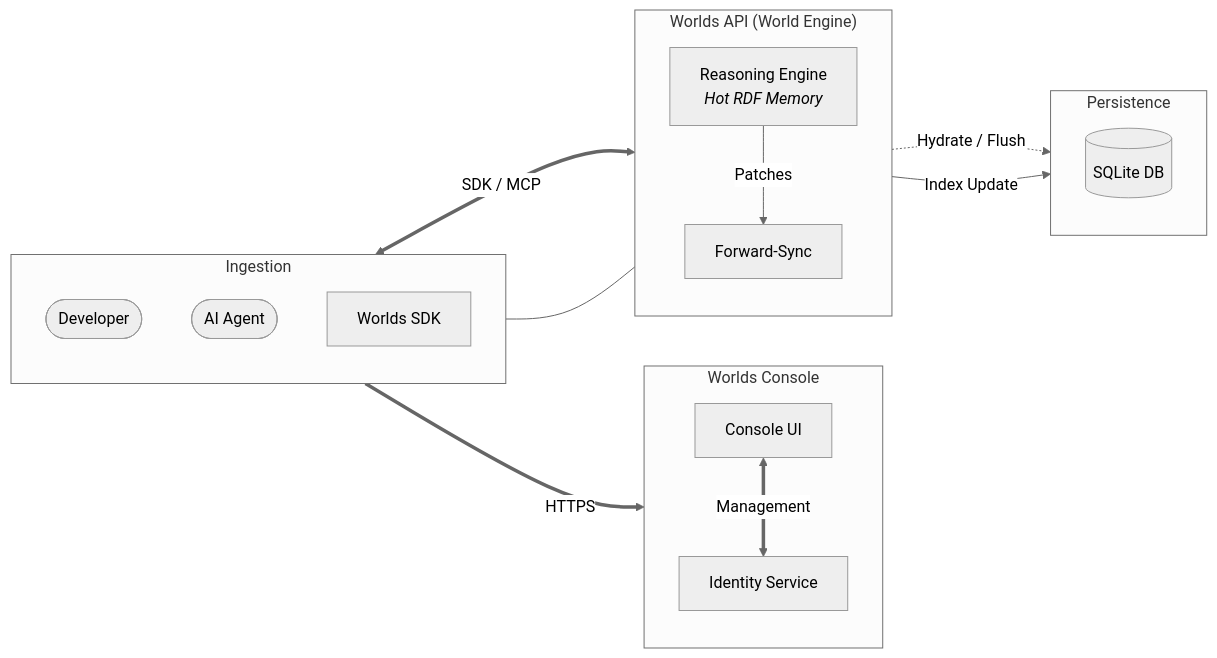
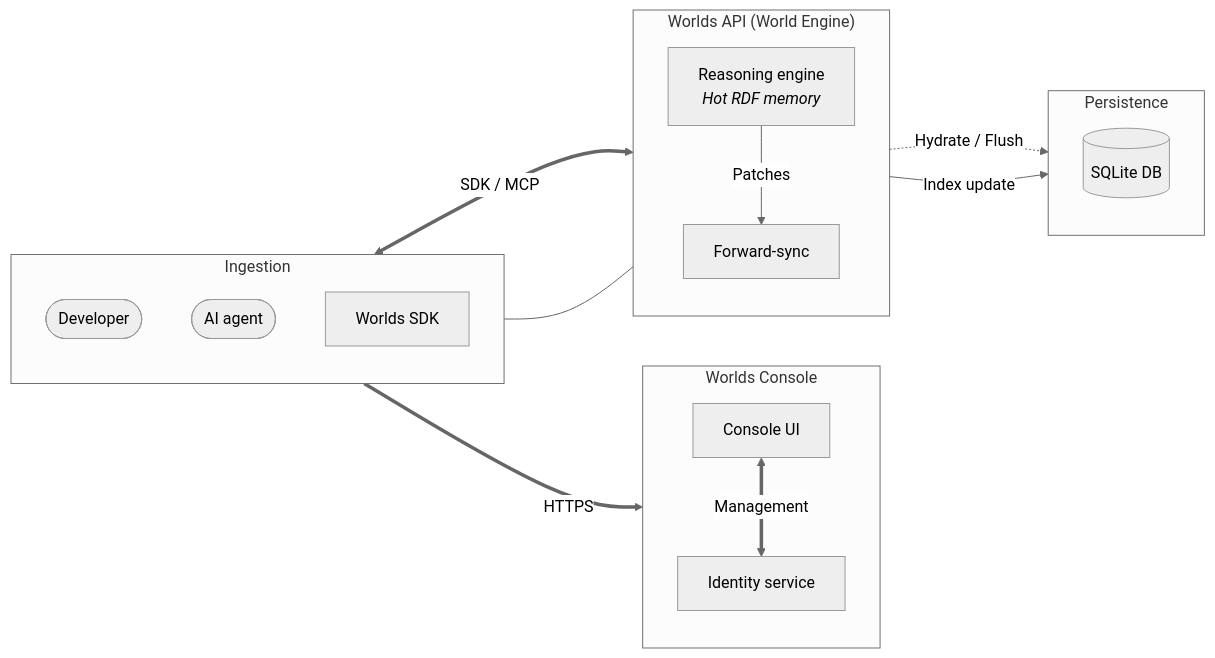
One commit to wazootech/worlds changed the first of 4 diagrams in packages/docs/contribute/architecture.mdx. Above: the diagram before and after it, drawn with Mermaid (neutral theme). The commit also changed other lines of this file and 3 other files, not shown here.

Commit message:
docs: strictly enforce concise style and sentence-case in architecture and diagram text

````diff
--- a/packages/docs/contribute/architecture.mdx
+++ b/packages/docs/contribute/architecture.mdx
@@ -29,39 +29,39 @@
 ```mermaid
 graph LR
     subgraph Clients ["Ingestion"]
         direction TB
         Dev([Developer])
-        Agent([AI Agent])
+        Agent([AI agent])
         SDK["Worlds SDK"]
     end
 
     subgraph Console ["Worlds Console"]
         direction TB
         ConsoleView[Console UI]
-        Auth[Identity Service]
+        Auth[Identity service]
     end
 
     subgraph API ["Worlds API (World Engine)"]
         direction TB
-        Engine["Reasoning Engine<br/><i>Hot RDF Memory</i>"]
-        Sync["Forward-Sync"]
+        Engine["Reasoning engine<br/><i>Hot RDF memory</i>"]
+        Sync["Forward-sync"]
     end
 
     subgraph State ["Persistence"]
         direction TB
         DB[("SQLite DB")]
     end
 
     %% Human/Control Flow
     Dev ==>|HTTPS| ConsoleView
     ConsoleView <==>|Management| Auth
 
     %% Agent/Data Flow
     Agent <==>|SDK / MCP| Engine
     SDK --- Engine
 
     %% Internal Processing
     Engine -.->|Hydrate / Flush| DB
     Engine -->|Patches| Sync
-    Sync -->|Index Update| DB
+    Sync -->|Index update| DB
 ```
````
